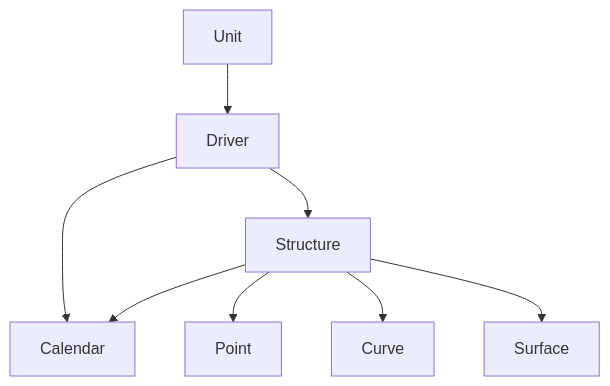
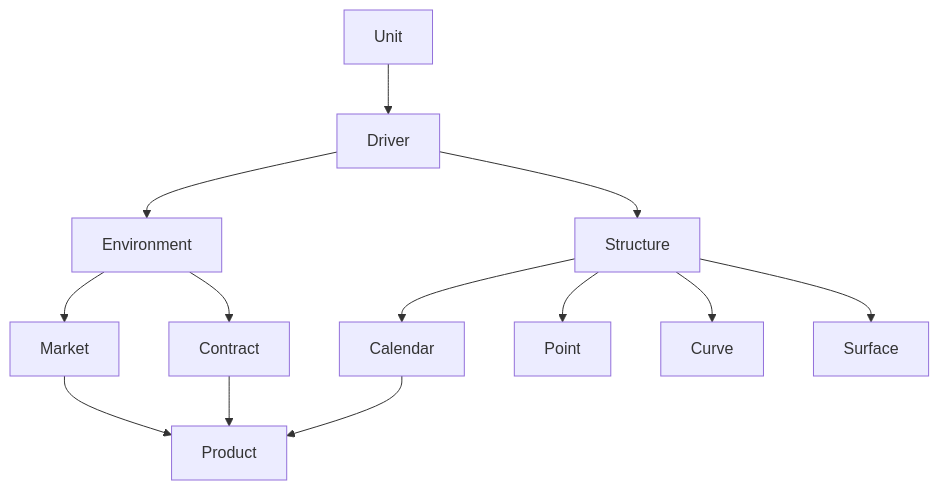
One commit to tristanvandevelde/finstruct changed the diagram in README.md. Above: the diagram before and after it, drawn with Mermaid.

````diff
--- a/README.md
+++ b/README.md
@@ -26,10 +26,15 @@
 ```mermaid
 graph TD;
     Unit-->Driver;
-    Driver-->Calendar;
+    Driver-->Environment;
     Driver-->Structure;
+    Environment-->Market;
+    Environment-->Contract;
+    Market-->Product;
+    Contract-->Product;
+    Calendar-->Product;
     Structure-->Calendar;
     Structure-->Point;
     Structure-->Curve;
     Structure-->Surface;
 ```
````
